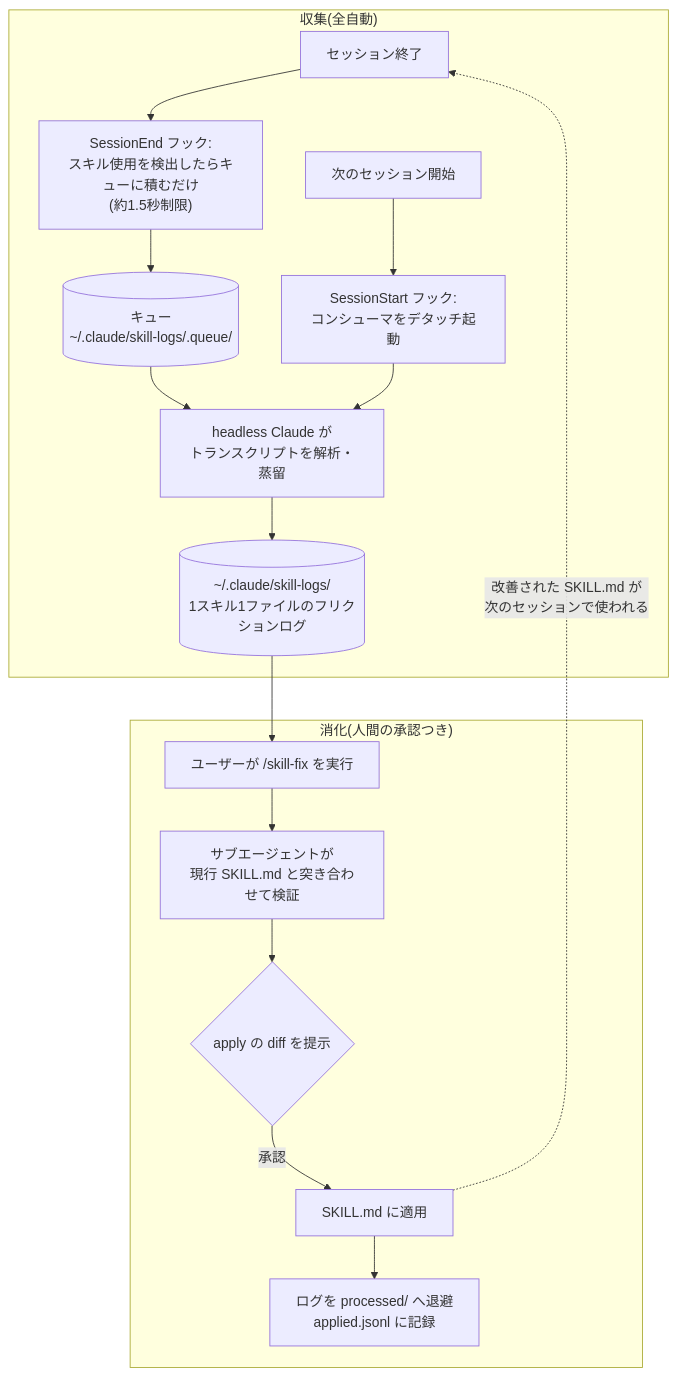
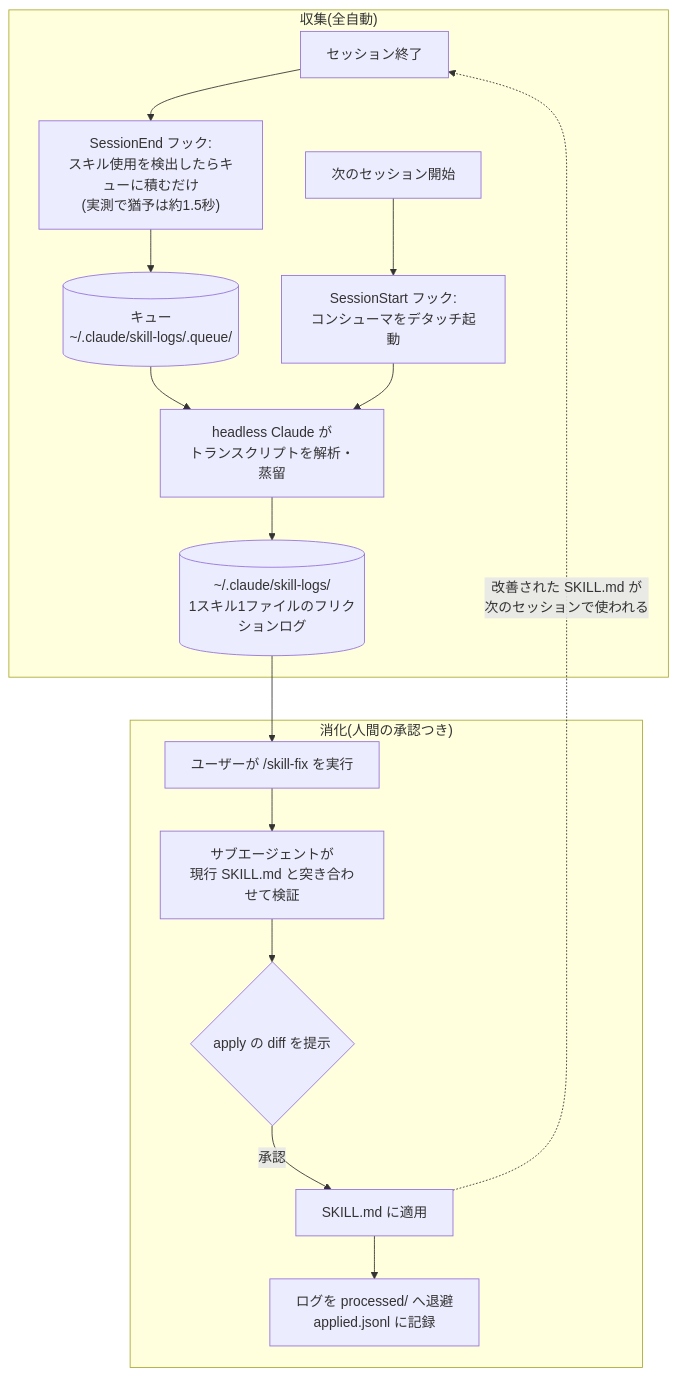
The diagram in articles/cd55956dffa373.md (k3forx/zenn), drawn with Mermaid before and after one commit. The commit also changed other lines of this file, not shown here.

````diff
--- a/articles/cd55956dffa373.md
+++ b/articles/cd55956dffa373.md
@@ -38,21 +38,21 @@
 ```mermaid
 flowchart TD
     subgraph auto["収集(全自動)"]
-        A["セッション終了"] --> B["SessionEnd フック:<br/>スキル使用を検出したらキューに積むだけ<br/>(約1.5秒制限)"]
+        A["セッション終了"] --> B["SessionEnd フック:<br/>スキル使用を検出したらキューに積むだけ<br/>(実測で猶予は約1.5秒)"]
         B --> Q[("キュー<br/>~/.claude/skill-logs/.queue/")]
         C["次のセッション開始"] --> D["SessionStart フック:<br/>コンシューマをデタッチ起動"]
         Q --> E
         D --> E["headless Claude が<br/>トランスクリプトを解析・蒸留"]
         E --> L[("~/.claude/skill-logs/<br/>1スキル1ファイルのフリクションログ")]
     end
 
     subgraph manual["消化(人間の承認つき)"]
         F["ユーザーが /skill-fix を実行"] --> G["サブエージェントが<br/>現行 SKILL.md と突き合わせて検証"]
         G --> H{"apply の diff を提示"}
         H -->|承認| I["SKILL.md に適用"]
         I --> J["ログを processed/ へ退避<br/>applied.jsonl に記録"]
     end
 
     L --> F
     I -.->|"改善された SKILL.md が<br/>次のセッションで使われる"| A
 ```
````
